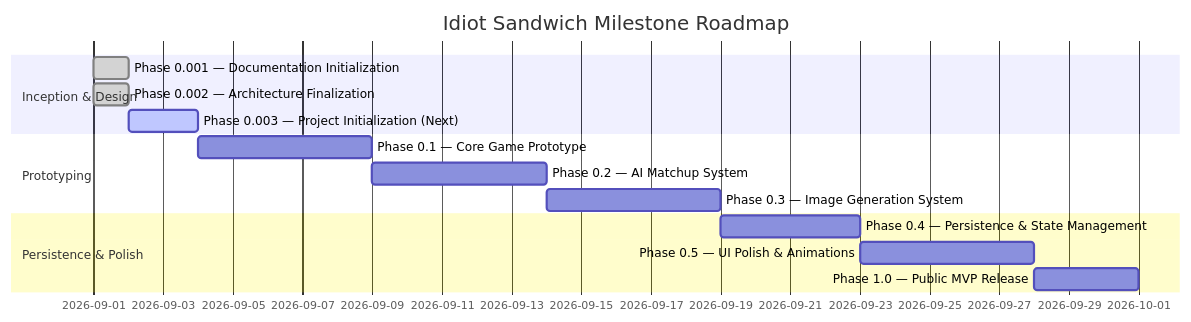
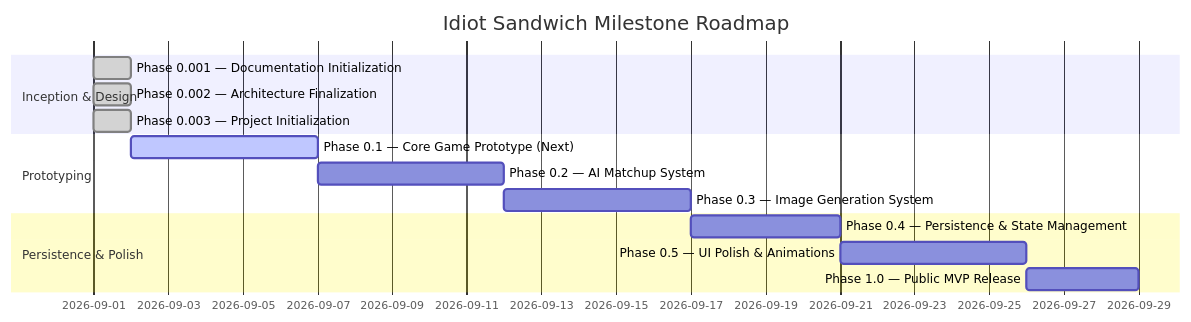
The diagram in docs/ROADMAP.md (Abhaynegi1/Idiot-Sandwich-), drawn with Mermaid before and after one commit. The commit also changed other lines of this file and 13 other files, not shown here.

Commit message:
feat: initialize Phase 0.003 Next.js project foundation

````diff
--- a/docs/ROADMAP.md
+++ b/docs/ROADMAP.md
@@ -9,17 +9,17 @@
 ```mermaid
 gantt
     title Idiot Sandwich Milestone Roadmap
     dateFormat  YYYY-MM
     section Inception & Design
     Phase 0.001 — Documentation Initialization           :done, p1, 2026-09, 1d
     Phase 0.002 — Architecture Finalization               :done, p2, 2026-09, 1d
-    Phase 0.003 — Project Initialization (Next)          :active, p3, after p2, 2d
+    Phase 0.003 — Project Initialization                  :done, p3, 2026-09, 1d
     section Prototyping
-    Phase 0.1   — Core Game Prototype                    :p4, after p3, 5d
+    Phase 0.1   — Core Game Prototype (Next)             :active, p4, after p3, 5d
     Phase 0.2   — AI Matchup System                      :p5, after p4, 5d
     Phase 0.3   — Image Generation System                :p6, after p5, 5d
     section Persistence & Polish
     Phase 0.4   — Persistence & State Management         :p7, after p6, 4d
     Phase 0.5   — UI Polish & Animations                 :p8, after p7, 5d
     Phase 1.0   — Public MVP Release                     :p9, after p8, 3d
 ```
````
